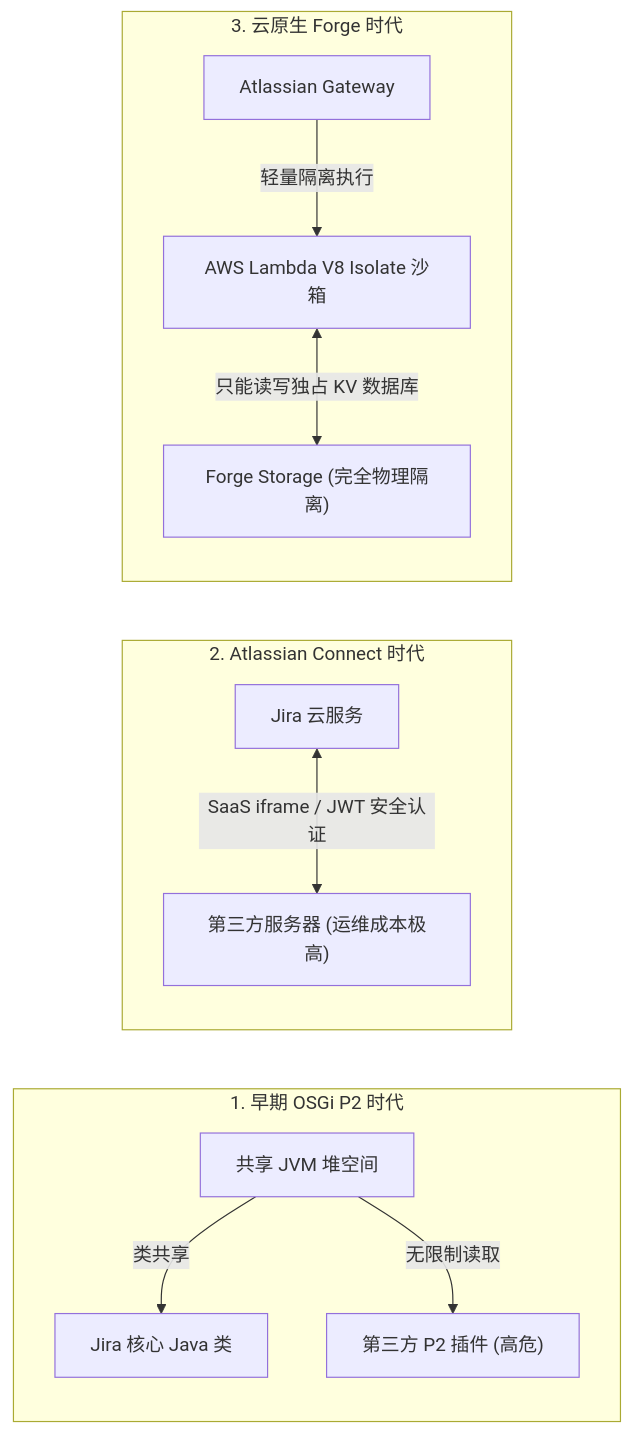
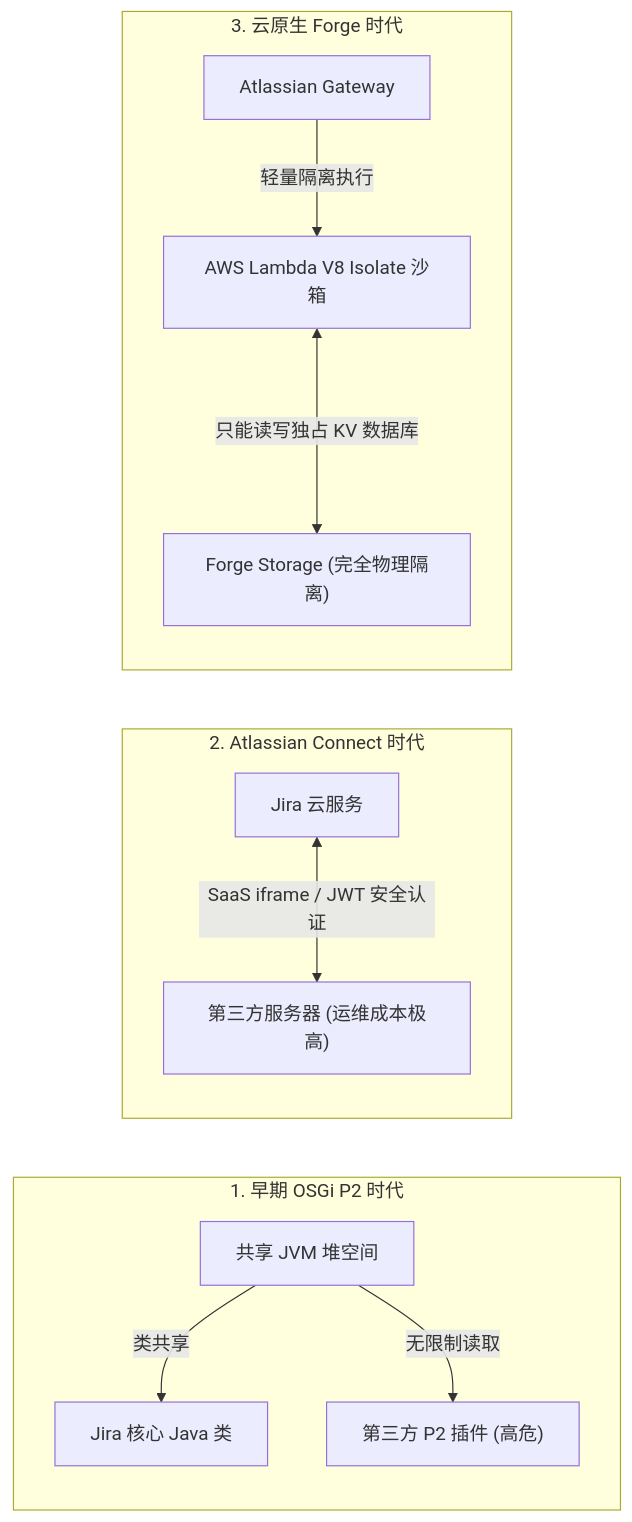
One commit to koosai/AI-Architect-Learning changed the fifth of 5 diagrams in docs/atlas/jira.mdx. Above: the diagram before and after it, drawn with Mermaid. The commit also changed 68 other files, not shown here.

Commit message:
fix(atlas): fix browser client-side Mermaid rendering for mindmaps and flowcharts across 67 case studies

````diff
--- a/docs/atlas/jira.mdx
+++ b/docs/atlas/jira.mdx
@@ -168,16 +168,16 @@
 ```mermaid
 graph LR
   subgraph P2Era["1. 早期 OSGi P2 时代"]
     JVM["共享 JVM 堆空间"] -->|类共享| CoreJava["Jira 核心 Java 类"]
     JVM -->|无限制读取| ThirdPartyP2["第三方 P2 插件 (高危)"]
   end
 
   subgraph ConnectEra["2. Atlassian Connect 时代"]
     JiraCloud["Jira 云服务"] <-->|SaaS iframe / JWT 安全认证| RemoteSaaS["第三方服务器 (运维成本极高)"]
   end
 
   subgraph ForgeEra["3. 云原生 Forge 时代"]
     JiraSvr["Atlassian Gateway"] -->|轻量隔离执行| V8Isolate["AWS Lambda V8 Isolate 沙箱"]
-    V8Isolate <-->|只能读写独占 KV 数据库| IsolatedKV["Forge Storage (完全物理隔离)"]
+    V8Isolate <--->|只能读写独占 KV 数据库| IsolatedKV["Forge Storage (完全物理隔离)"]
   end
 ```
````
